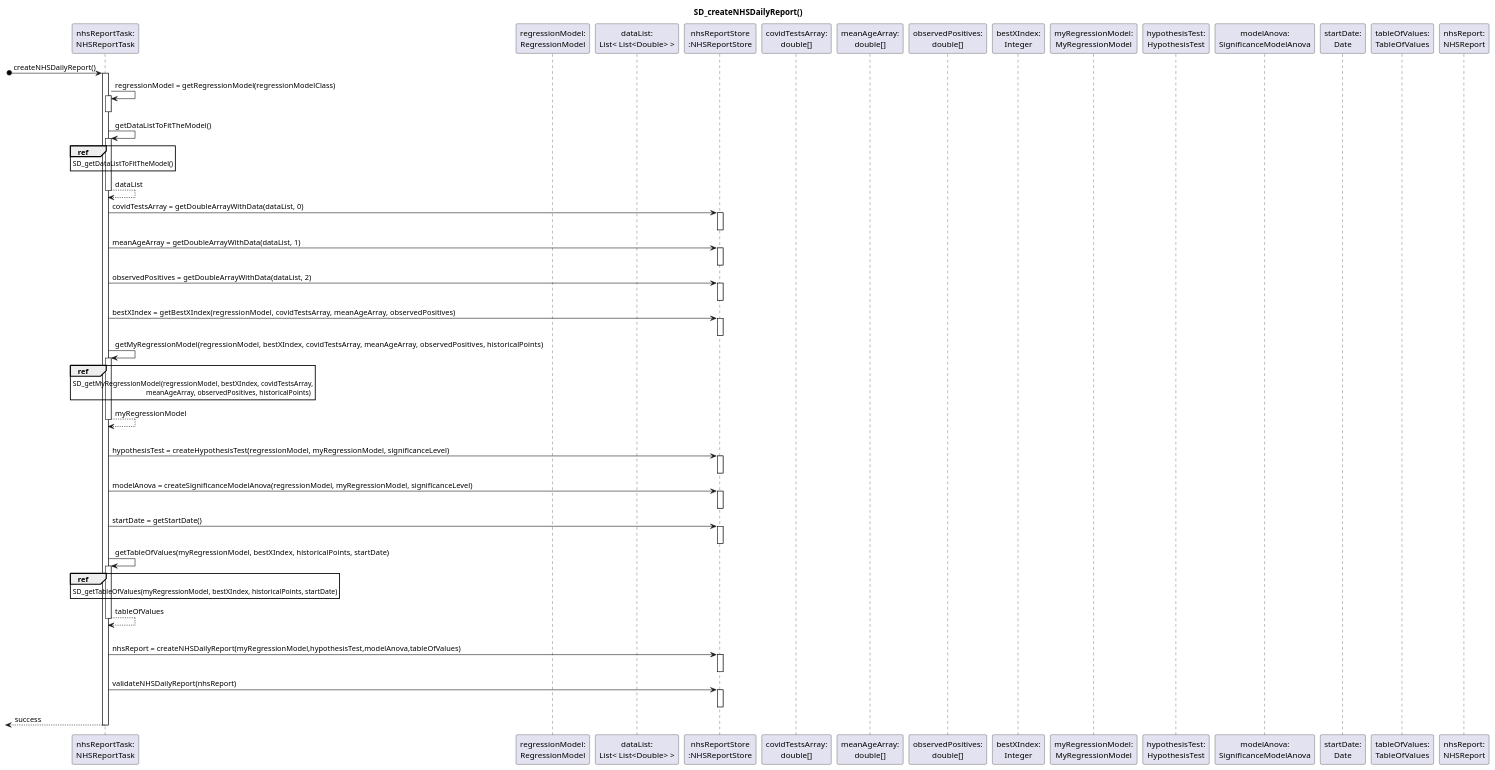
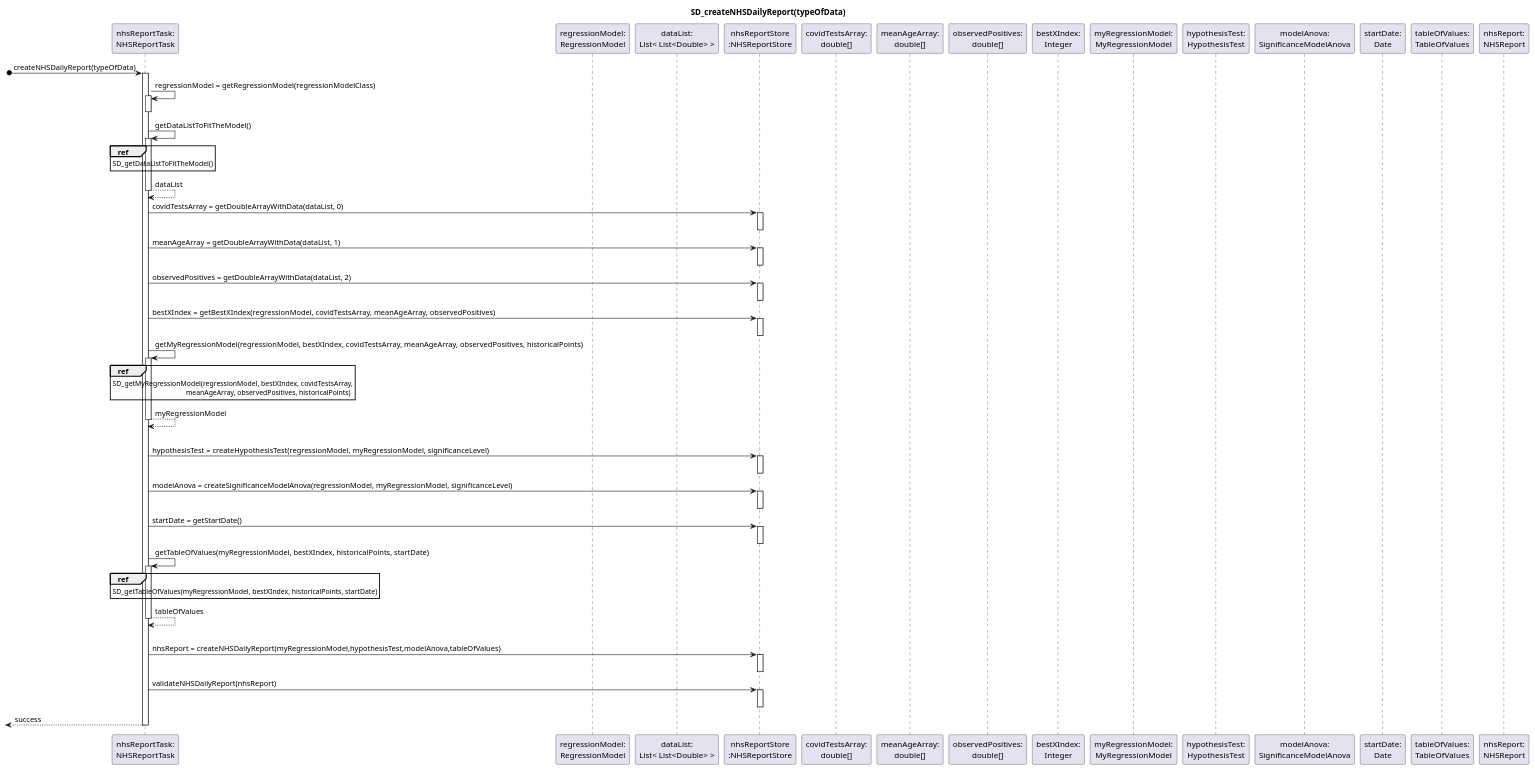
Before and after one commit to ana-albergaria/LAPR2-ISEP: the diagram in docs/SprintD/US_19/US19_SD_CreateNHSDailyReport3.puml, drawn with PlantUML. The commit also changed 39 other files, not shown here.

Commit message:
US19 Updating Diagrams

```diff
--- a/docs/SprintD/US_19/US19_SD_CreateNHSDailyReport3.puml
+++ b/docs/SprintD/US_19/US19_SD_CreateNHSDailyReport3.puml
@@ -1,121 +1,121 @@
 @startuml
 
-title SD_createNHSDailyReport()
+title SD_createNHSDailyReport(typeOfData)
 
 participant "nhsReportTask:\nNHSReportTask" as TASK
 participant "regressionModel:\nRegressionModel" as REGRESSION_MODEL
 participant "dataList:\nList< List<Double> >"
 participant "nhsReportStore\n:NHSReportStore" as NHS_REPORT_STORE
 participant "covidTestsArray:\ndouble[]" as TESTS_ARRAY
 participant "meanAgeArray:\ndouble[]" as MEAN_AGE_ARRAY
 participant "observedPositives:\ndouble[]" as OBSERVED_POSITIVES_ARRAY
 participant "bestXIndex:\nInteger" as BEST_X
 participant "myRegressionModel:\nMyRegressionModel" as MY_REGRESSION_MODEL
 participant "hypothesisTest:\nHypothesisTest" as HYPOTHESIS_TEST
 participant "modelAnova:\nSignificanceModelAnova" as MODEL_ANOVA
 participant "startDate:\nDate" as START_DATE
 participant "tableOfValues:\nTableOfValues"
 participant "nhsReport:\nNHSReport"
 
-[o-> TASK : createNHSDailyReport()
+[o-> TASK : createNHSDailyReport(typeOfData)
 
 activate TASK
 TASK -> TASK : regressionModel = getRegressionModel(regressionModelClass)
 activate TASK
 deactivate TASK
 
 TASK -> TASK : getDataListToFitTheModel()
 activate TASK
 ref over TASK
 SD_getDataListToFitTheModel()
 end
 TASK --> TASK : dataList
 deactivate TASK
 
 TASK -> NHS_REPORT_STORE : covidTestsArray = getDoubleArrayWithData(dataList, 0)
 activate NHS_REPORT_STORE
 /'ref over NHS_REPORT_STORE
 SD_getDoubleArrayWithData(dataList, index)
 end'/
 /'NHS_REPORT_STORE --> TASK : covidTestsArray'/
 deactivate NHS_REPORT_STORE
 
 TASK -> NHS_REPORT_STORE : meanAgeArray = getDoubleArrayWithData(dataList, 1)
 activate NHS_REPORT_STORE
 deactivate NHS_REPORT_STORE
 
 TASK -> NHS_REPORT_STORE : observedPositives = getDoubleArrayWithData(dataList, 2)
 activate NHS_REPORT_STORE
 deactivate NHS_REPORT_STORE
 
 TASK -> NHS_REPORT_STORE : bestXIndex = getBestXIndex(regressionModel, covidTestsArray, meanAgeArray, observedPositives)
 activate NHS_REPORT_STORE
 'TALVEZ VALE A PENA DIAGRAMA PARCIAL?
 /'ref over NHS_REPORT_STORE
 SD_getBestXIndex(regressionModel, covidTestsArray, meanAgeArray, observedPositives)
 end'/
 /'NHS_REPORT_STORE --> TASK : bestXIndex'/
 deactivate NHS_REPORT_STORE
 
 TASK -> TASK : getMyRegressionModel(regressionModel, bestXIndex, covidTestsArray, meanAgeArray, observedPositives, historicalPoints)
 activate TASK
 ref over TASK
 SD_getMyRegressionModel(regressionModel, bestXIndex, covidTestsArray,
                                         meanAgeArray, observedPositives, historicalPoints)
 end
 TASK --> TASK : myRegressionModel
 deactivate TASK
 |||
 TASK -> NHS_REPORT_STORE : hypothesisTest = createHypothesisTest(regressionModel, myRegressionModel, significanceLevel)
 activate NHS_REPORT_STORE
 /'ref over NHS_REPORT_STORE
 SD_createHypothesisTest(regressionModel, myRegressionModel, significanceLevel)
 end'/
 /'NHS_REPORT_STORE --> TASK : hypothesisTest'/
 deactivate NHS_REPORT_STORE
 
 TASK -> NHS_REPORT_STORE : modelAnova = createSignificanceModelAnova(regressionModel, myRegressionModel, significanceLevel)
 activate NHS_REPORT_STORE
 /'ref over NHS_REPORT_STORE
 SD_createSignificanceModelAnova(regressionModel, myRegressionModel, significanceLevel)
 end'/
 /'NHS_REPORT_STORE --> TASK : modelAnova'/
 deactivate NHS_REPORT_STORE
 
 TASK -> NHS_REPORT_STORE : startDate = getStartDate()
 activate NHS_REPORT_STORE
 /'ref over NHS_REPORT_STORE
 SD_getStartDate()
 end'/
 /'NHS_REPORT_STORE --> TASK : startDate'/
 deactivate NHS_REPORT_STORE
 
 TASK -> TASK : getTableOfValues(myRegressionModel, bestXIndex, historicalPoints, startDate)
 activate TASK
 ref over TASK
 SD_getTableOfValues(myRegressionModel, bestXIndex, historicalPoints, startDate)
 end
 TASK --> TASK : tableOfValues
 deactivate TASK
 |||
 TASK -> NHS_REPORT_STORE : nhsReport = createNHSDailyReport(myRegressionModel,hypothesisTest,modelAnova,tableOfValues)
 activate NHS_REPORT_STORE
 /'ref over NHS_REPORT_STORE
 SD_createNHSDailyReport(myRegressionModel,hypothesisTest,modelAnova,tableOfValues)
 end'/
 /'NHS_REPORT_STORE --> TASK : nhsReport'/
 deactivate NHS_REPORT_STORE
 
 TASK -> NHS_REPORT_STORE : validateNHSDailyReport(nhsReport)
 activate NHS_REPORT_STORE
 deactivate NHS_REPORT_STORE
 
 [<-- TASK : success
 deactivate TASK
 
 
 
 
 
 
 @enduml
```
